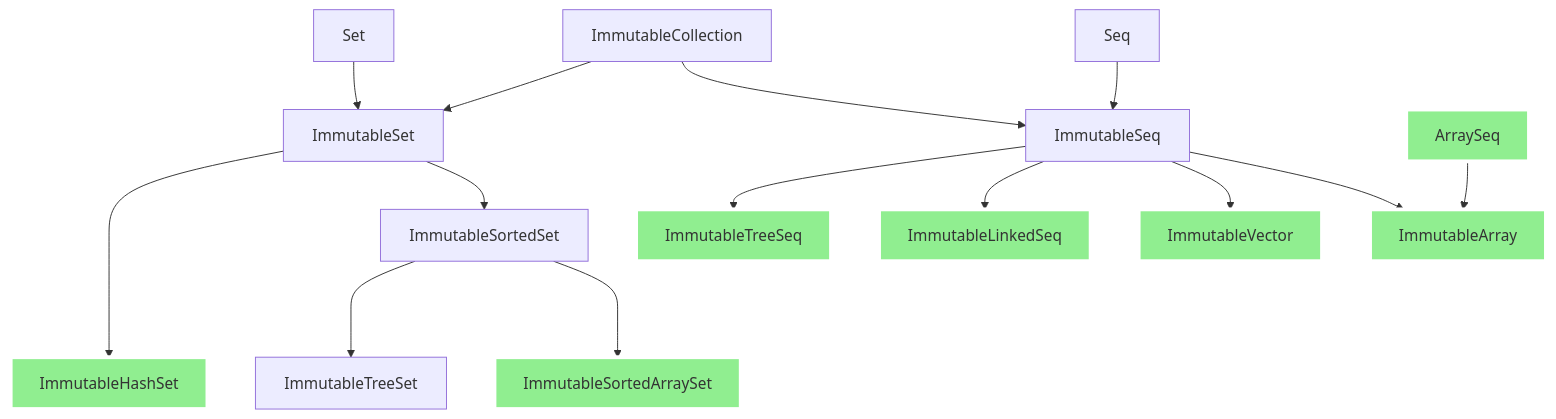
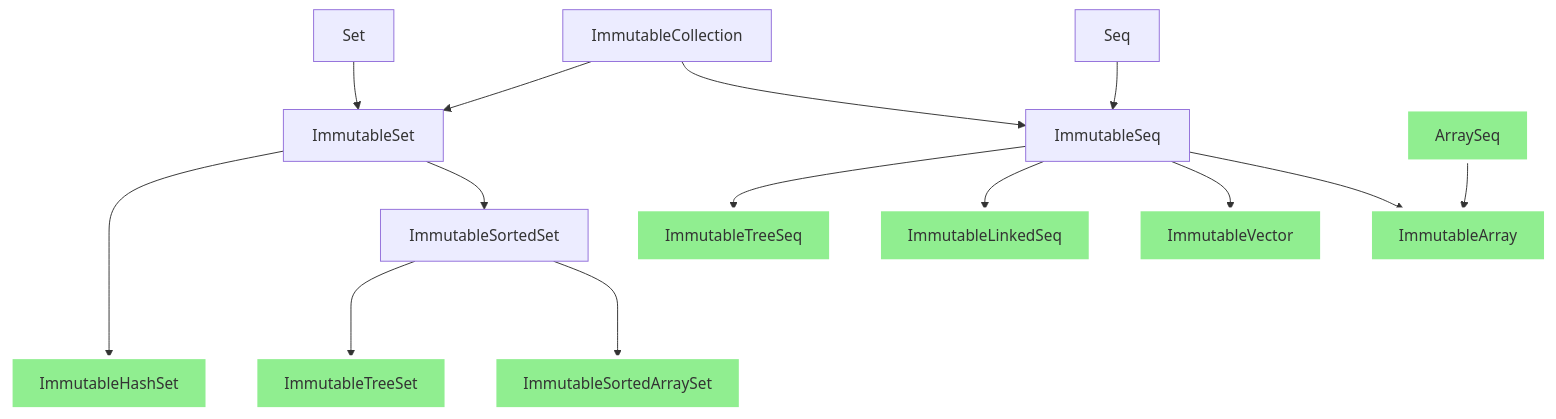
The second of 3 diagrams in docs/Tutorial.md (Glavo/kala-common), drawn with Mermaid before and after one commit.

Commit message:
Update Tutorial

````diff
--- a/docs/Tutorial.md
+++ b/docs/Tutorial.md
@@ -63,20 +63,20 @@
 ```mermaid
 graph TD;
     Seq --> ImmutableSeq;
     ImmutableCollection --> ImmutableSeq;
     Set --> ImmutableSet;
     ImmutableCollection --> ImmutableSet;
     ImmutableSet --> ImmutableSortedSet;
     
     ImmutableSeq --> ImmutableArray;
     ImmutableSeq --> ImmutableVector;
     ImmutableSeq --> ImmutableLinkedSeq;
     ImmutableSeq --> ImmutableTreeSeq;
     ImmutableSortedSet ---> ImmutableSortedArraySet;
     ImmutableSortedSet ---> ImmutableTreeSet;
     ImmutableSet ----> ImmutableHashSet;
     ArraySeq --> ImmutableArray;
 
     classDef impl fill: #90EE90, stroke: #fff, stroke-width: 4px;
-    class ArraySeq,ImmutableArray,ImmutableVector,ImmutableHashSet,ImmutableSortedArraySet,ImmutableLinkedSeq,ImmutableTreeSeq impl;
+    class ArraySeq,ImmutableArray,ImmutableVector,ImmutableHashSet,ImmutableSortedArraySet,ImmutableLinkedSeq,ImmutableTreeSeq,ImmutableTreeSet impl;
 ```
````
